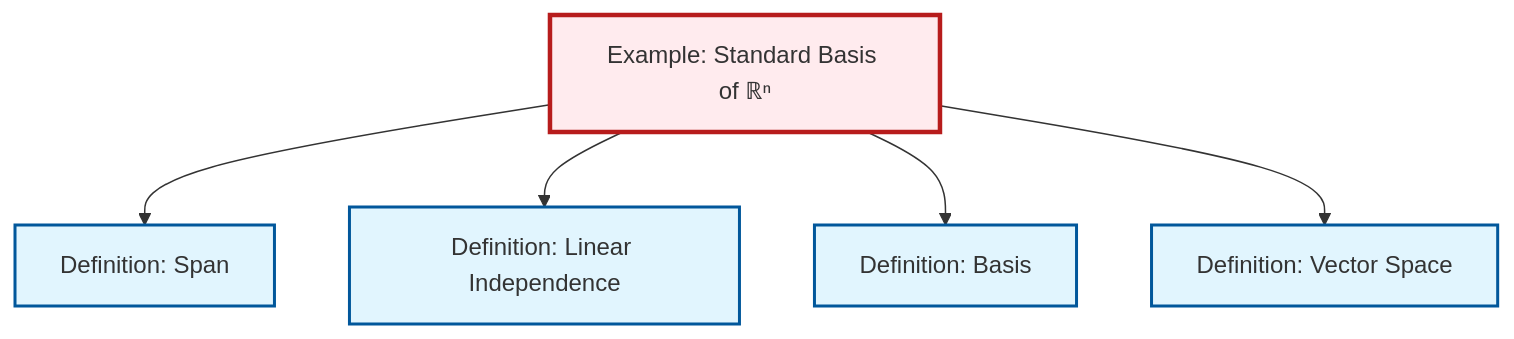
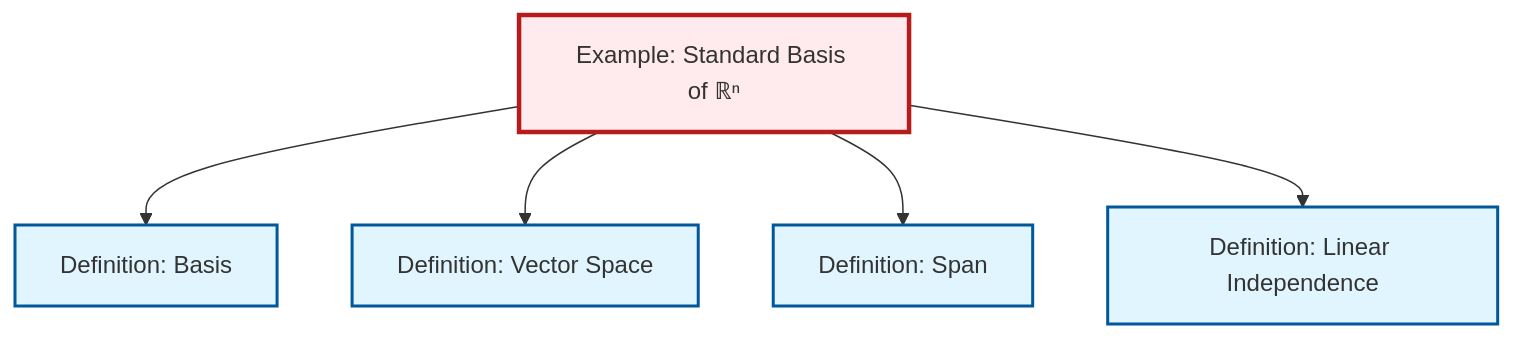
One commit to RK0429/ModernMath changed the diagram in content/ja/algebra/ex-standard-basis-rn.qmd. Above: the diagram before and after it, drawn with Mermaid. The commit also changed other lines of this file and 360 other files, not shown here.

````diff
--- a/content/ja/algebra/ex-standard-basis-rn.qmd
+++ b/content/ja/algebra/ex-standard-basis-rn.qmd
@@ -63,23 +63,23 @@
 ```{mermaid}
 %%| fig-cap: "Local dependency graph"
 graph TD
     classDef definition fill:#e1f5fe,stroke:#01579b,stroke-width:2px
     classDef theorem fill:#f3e5f5,stroke:#4a148c,stroke-width:2px
     classDef axiom fill:#fff3e0,stroke:#e65100,stroke-width:2px
     classDef example fill:#e8f5e9,stroke:#1b5e20,stroke-width:2px
     classDef current fill:#ffebee,stroke:#b71c1c,stroke-width:3px
+    def-basis["Definition: Basis"]:::definition
+    def-span["Definition: Span"]:::definition
+    def-vector-space["Definition: Vector Space"]:::definition
+    ex-standard-basis-rn["Example: Standard Basis of ℝⁿ"]:::example
     def-linear-independence["Definition: Linear Independence"]:::definition
-    def-basis["Definition: Basis"]:::definition
-    def-vector-space["Definition: Vector Space"]:::definition
-    def-span["Definition: Span"]:::definition
-    ex-standard-basis-rn["Example: Standard Basis of ℝⁿ"]:::example
+    ex-standard-basis-rn --> def-basis
+    ex-standard-basis-rn --> def-vector-space
     ex-standard-basis-rn --> def-span
     ex-standard-basis-rn --> def-linear-independence
-    ex-standard-basis-rn --> def-basis
-    ex-standard-basis-rn --> def-vector-space
     class ex-standard-basis-rn current
+    click def-basis "def-basis.html" "Definition: Basisへ"
+    click def-span "def-span.html" "Definition: Spanへ"
+    click def-vector-space "def-vector-space.html" "Definition: Vector Spaceへ"
     click def-linear-independence "def-linear-independence.html" "Definition: Linear Independenceへ"
-    click def-basis "def-basis.html" "Definition: Basisへ"
-    click def-vector-space "def-vector-space.html" "Definition: Vector Spaceへ"
-    click def-span "def-span.html" "Definition: Spanへ"
 ```
````
